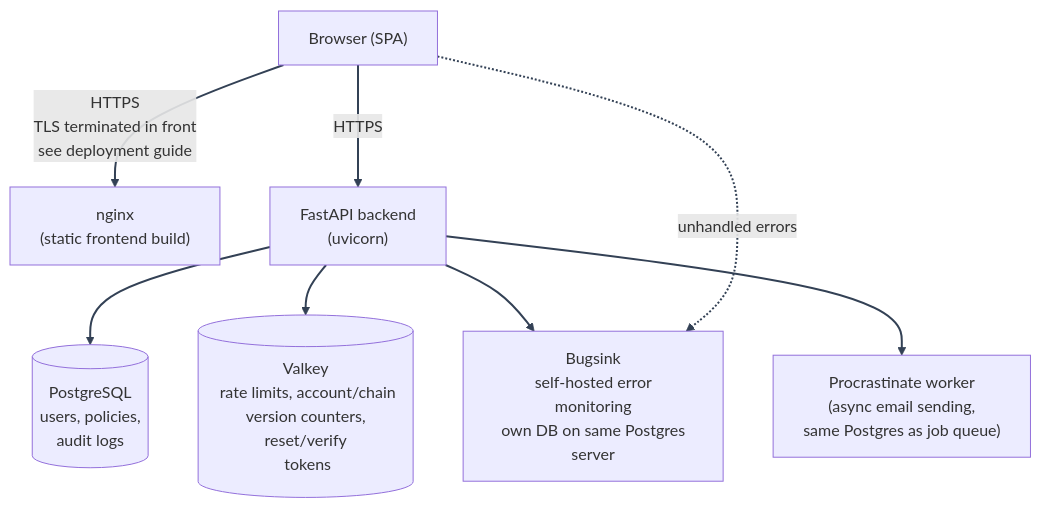
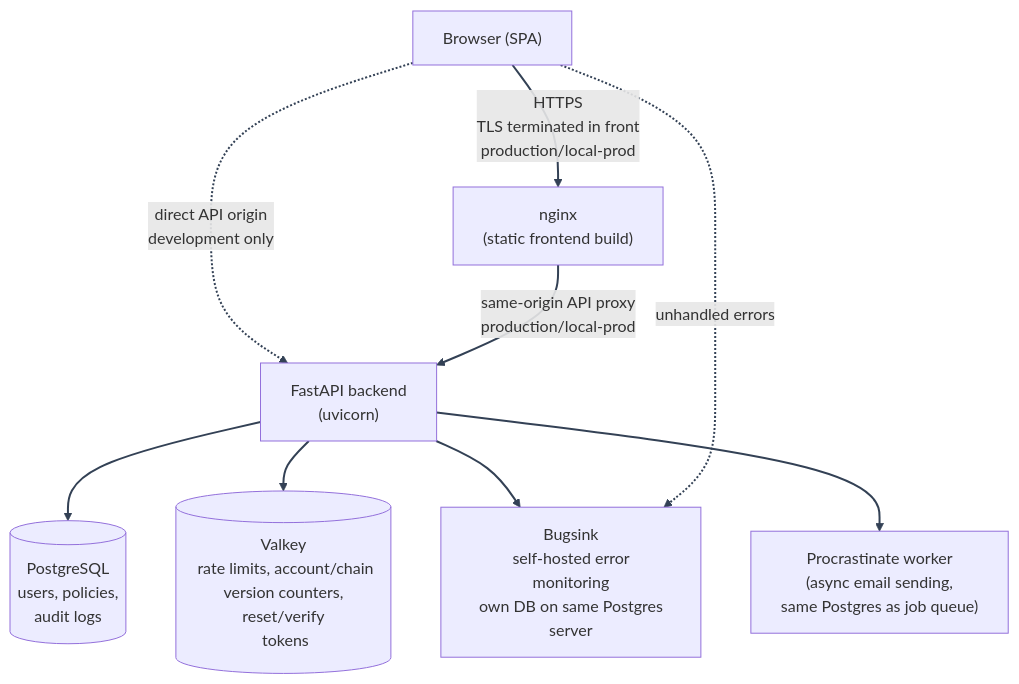
The diagram in README.md (Nachiket-2024/mystic-auth), drawn with Mermaid before and after one commit. The commit also changed other lines of this file and 292 other files, not shown here.

````diff
--- a/README.md
+++ b/README.md
@@ -46,15 +46,16 @@
 ```mermaid
 %%{init: {"themeVariables": {"lineColor": "#334155"}} }%%
 flowchart TD
     Browser["Browser (SPA)"]
-    Browser -- "HTTPS\n TLS terminated in front\n see deployment guide" --> Nginx
-    Browser -- HTTPS --> Backend
+    Browser -- "HTTPS\n TLS terminated in front\n production/local-prod" --> Nginx
+    Browser -. "direct API origin\n development only" .-> Backend
     Nginx["nginx\n (static frontend build)"]
     Backend["FastAPI backend\n (uvicorn)"]
+    Nginx -->|"same-origin API proxy\n production/local-prod"| Backend
     Backend --> Postgres[("PostgreSQL\n users, policies,\n audit logs")]
     Backend --> Valkey[("Valkey\n rate limits, account/chain\n version counters, reset/verify\n tokens")]
     Backend --> Bugsink["Bugsink\n self-hosted error monitoring\n own DB on same Postgres server"]
     Browser -. "unhandled errors" .-> Bugsink
     Backend --> Procrastinate["Procrastinate worker\n (async email sending,\n same Postgres as job queue)"]
     linkStyle default stroke:#334155,stroke-width:2px
 ```
````
